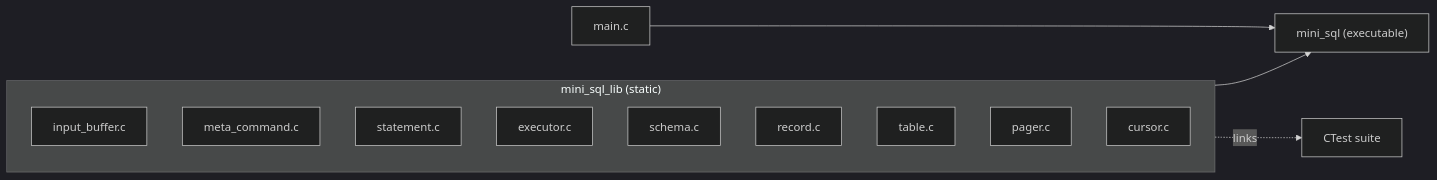
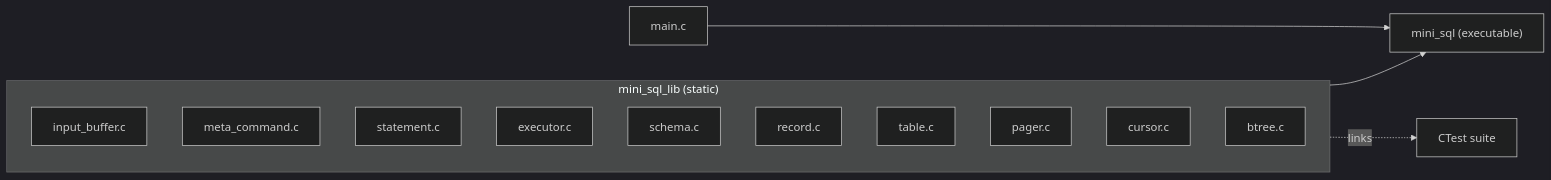
Diagram 14 of 16 in README.md (Rohitangshu2026/mini-sql), drawn with Mermaid (dark theme) before and after one commit. The commit also changed other lines of this file, not shown here.

````diff
--- a/README.md
+++ b/README.md
@@ -540,17 +707,18 @@
 ```mermaid
 flowchart LR
     subgraph lib["mini_sql_lib (static)"]
         a[input_buffer.c]
         b[meta_command.c]
         c[statement.c]
         d[executor.c]
         e[schema.c]
         f[record.c]
         g[table.c]
         h[pager.c]
         i[cursor.c]
+        j[btree.c]
     end
     main_c[main.c] --> exe["mini_sql (executable)"]
     lib --> exe
     lib -.->|links| tests["CTest suite"]
 ```
````
